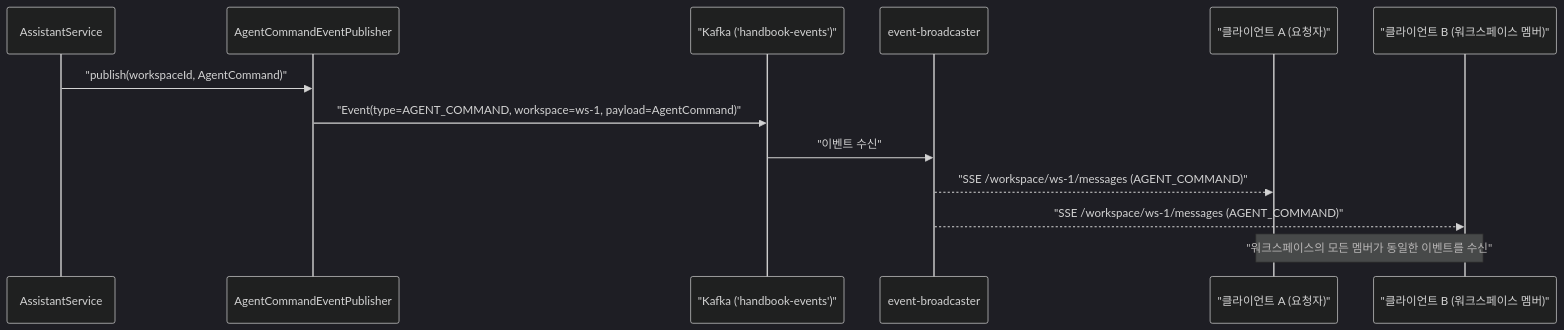
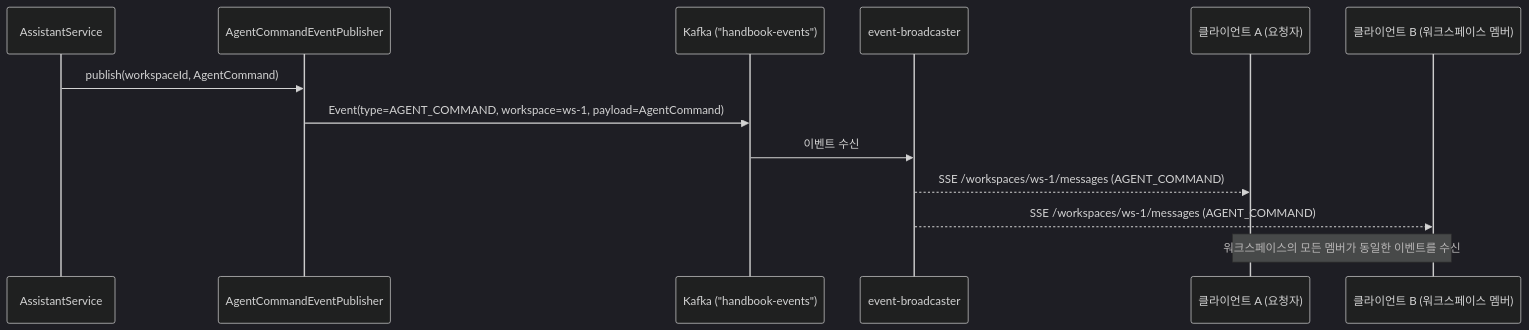
One commit to sayaya1090/handbook changed diagram 13 of 13 in assistant/USECASE.md. Above: the diagram before and after it, drawn with Mermaid (dark theme). The commit also changed other lines of this file and 58 other files, not shown here.

````diff
--- a/assistant/USECASE.md
+++ b/assistant/USECASE.md
@@ -480,16 +496,16 @@
 ```mermaid
 sequenceDiagram
     participant Svc as AssistantService
     participant Pub as AgentCommandEventPublisher
-    participant K as "Kafka ('handbook-events')"
+    participant K as Kafka ("handbook-events")
     participant EB as event-broadcaster
-    participant C1 as "클라이언트 A (요청자)"
-    participant C2 as "클라이언트 B (워크스페이스 멤버)"
+    participant C1 as 클라이언트 A (요청자)
+    participant C2 as 클라이언트 B (워크스페이스 멤버)
 
-    Svc->>Pub: "publish(workspaceId, AgentCommand)"
-    Pub->>K: "Event(type=AGENT_COMMAND, workspace=ws-1, payload=AgentCommand)"
-    K->>EB: "이벤트 수신"
-    EB-->>C1: "SSE /workspace/ws-1/messages (AGENT_COMMAND)"
-    EB-->>C2: "SSE /workspace/ws-1/messages (AGENT_COMMAND)"
-    Note over C1,C2: "워크스페이스의 모든 멤버가 동일한 이벤트를 수신"
+    Svc->>Pub: publish(workspaceId, AgentCommand)
+    Pub->>K: Event(type=AGENT_COMMAND, workspace=ws-1, payload=AgentCommand)
+    K->>EB: 이벤트 수신
+    EB-->>C1: SSE /workspaces/ws-1/messages (AGENT_COMMAND)
+    EB-->>C2: SSE /workspaces/ws-1/messages (AGENT_COMMAND)
+    Note over C1,C2: 워크스페이스의 모든 멤버가 동일한 이벤트를 수신
 ```
````
